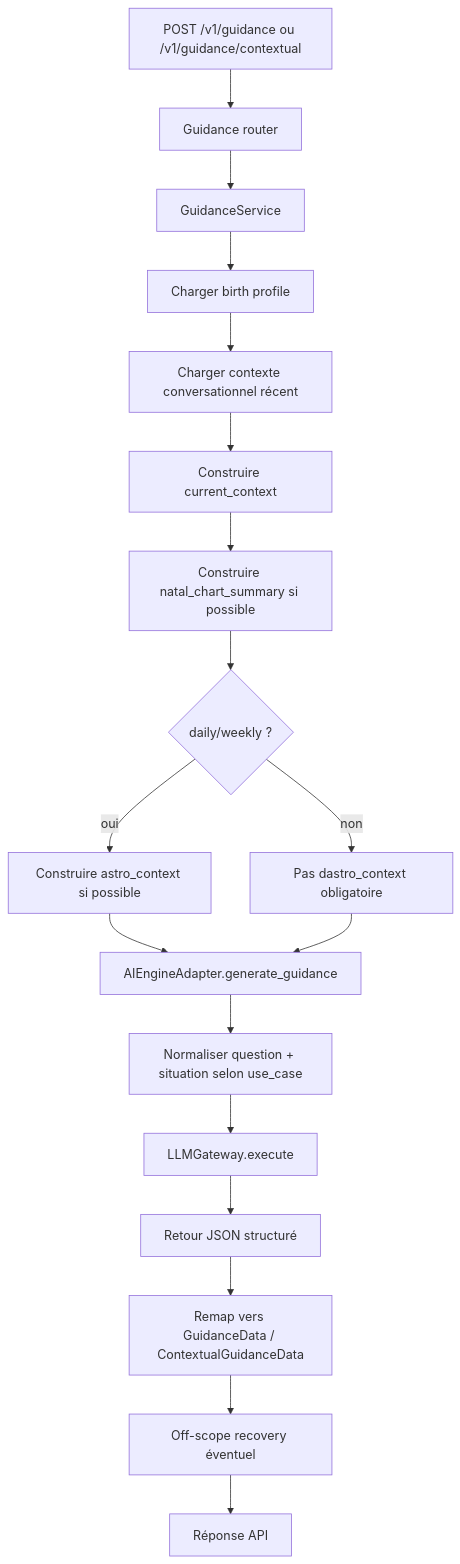
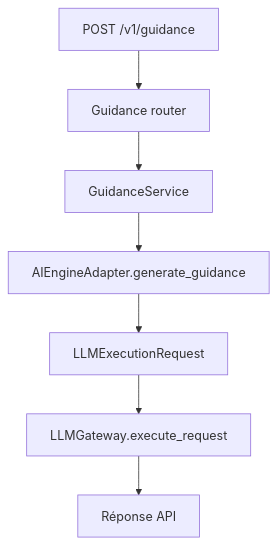
Before and after one commit to daconrilcy/horoscope_front: the fourth of 4 diagrams in docs/architecture/llm-processus-architecture.md, drawn with Mermaid. The commit also changed other lines of this file and 6 other files, not shown here.

````diff
--- a/docs/architecture/llm-processus-architecture.md
+++ b/docs/architecture/llm-processus-architecture.md
@@ -227,22 +182,9 @@
 ```mermaid
 flowchart TD
-    A[POST /v1/guidance ou /v1/guidance/contextual] --> B[Guidance router]
+    A[POST /v1/guidance] --> B[Guidance router]
     B --> C[GuidanceService]
-    C --> D[Charger birth profile]
-    D --> E[Charger contexte conversationnel récent]
-    E --> F[Construire current_context]
-    F --> G[Construire natal_chart_summary si possible]
-    G --> H{daily/weekly ?}
-    H -->|oui| I[Construire astro_context si possible]
-    H -->|non| J[Pas dastro_context obligatoire]
-
-    I --> K[AIEngineAdapter.generate_guidance]
-    J --> K
-
-    K --> L[Normaliser question + situation selon use_case]
-    L --> M[LLMGateway.execute]
-    M --> N[Retour JSON structuré]
-    N --> O[Remap vers GuidanceData / ContextualGuidanceData]
-    O --> P[Off-scope recovery éventuel]
-    P --> Q[Réponse API]
+    C --> D[AIEngineAdapter.generate_guidance]
+    D --> E[LLMExecutionRequest]
+    E --> F[LLMGateway.execute_request]
+    F --> G[Réponse API]
 ```
````
